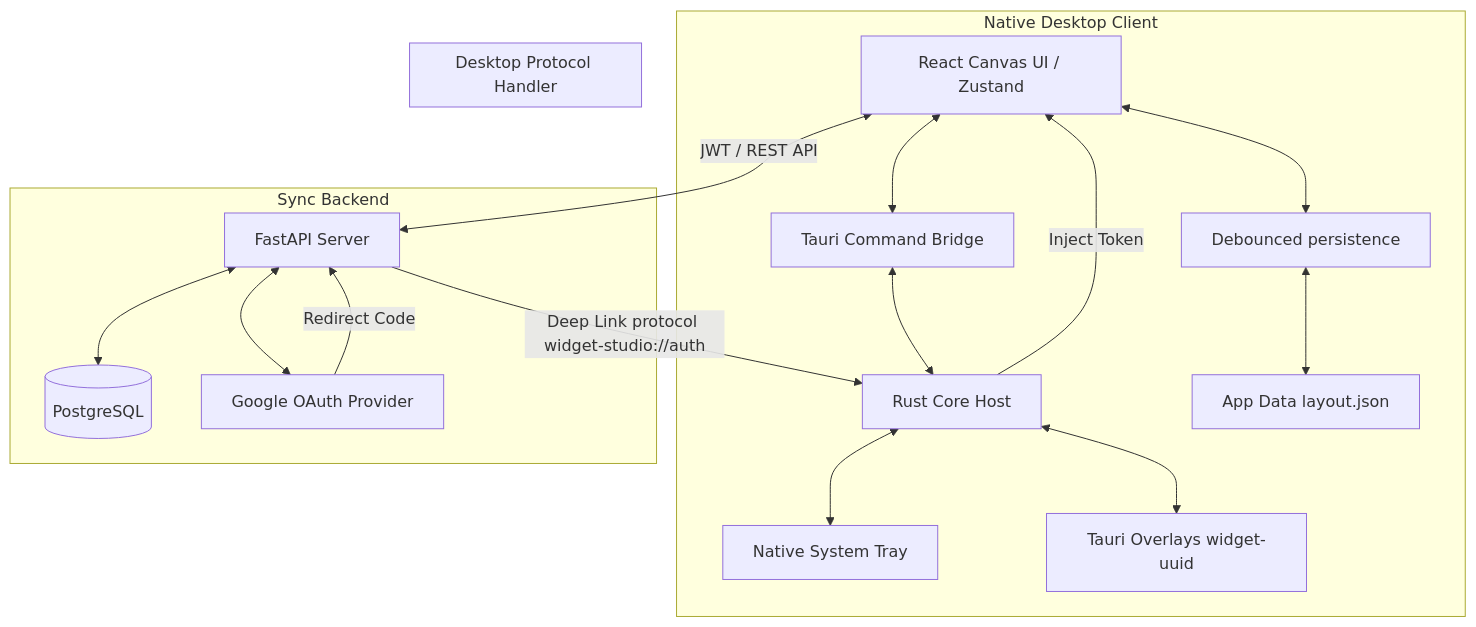
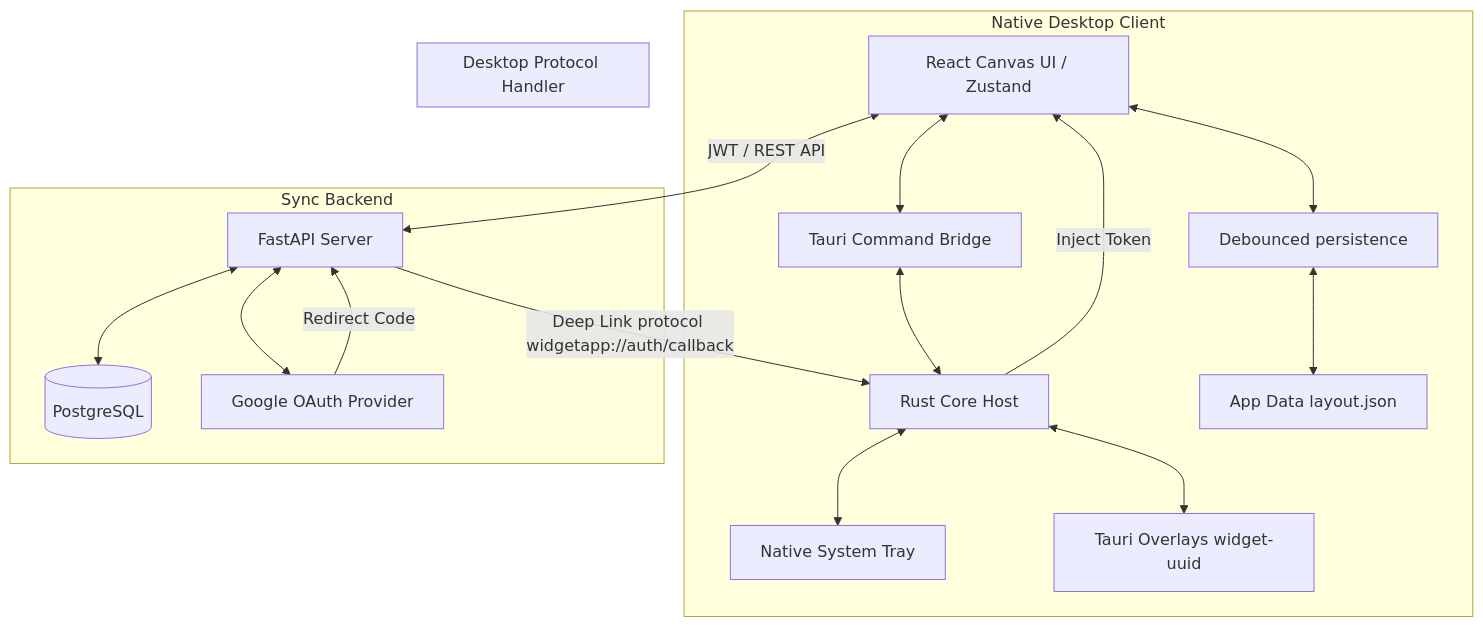
The first of 3 diagrams in desktop/SYSTEM_DESIGN.md (susin-d/Widget-Studio), drawn with Mermaid before and after one commit. The commit also changed other lines of this file and 34 other files, not shown here.

````diff
--- a/desktop/SYSTEM_DESIGN.md
+++ b/desktop/SYSTEM_DESIGN.md
@@ -13,23 +13,23 @@
 ```mermaid
 flowchart TB
     subgraph Native Desktop Client
         UI[React Canvas UI / Zustand] <--> NativeBridge[Tauri Command Bridge]
         NativeBridge <--> RustHost[Rust Core Host]
         RustHost <--> SystemTray[Native System Tray]
         RustHost <--> WidgetWindows[Tauri Overlays widget-uuid]
         UI <--> DebouncePersist[Debounced persistence]
         DebouncePersist <--> LocalJSON[App Data layout.json]
     end
 
     subgraph Sync Backend
         UI <-->|JWT / REST API| FastAPI[FastAPI Server]
         FastAPI <--> DB[(PostgreSQL)]
         FastAPI <--> GoogleOAuth[Google OAuth Provider]
     end
 
     subgraph Desktop Protocol Handler
         GoogleOAuth -->|Redirect Code| FastAPI
-        FastAPI -->|Deep Link protocol widget-studio://auth| RustHost
+        FastAPI -->|Deep Link protocol widgetapp://auth/callback| RustHost
         RustHost -->|Inject Token| UI
     end
 ```
````
